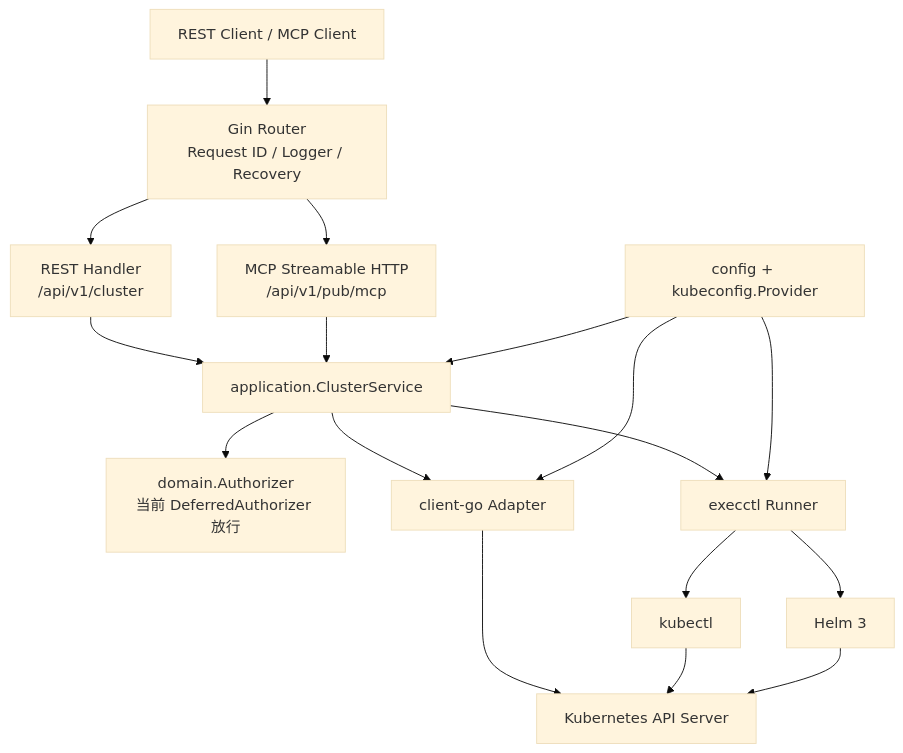
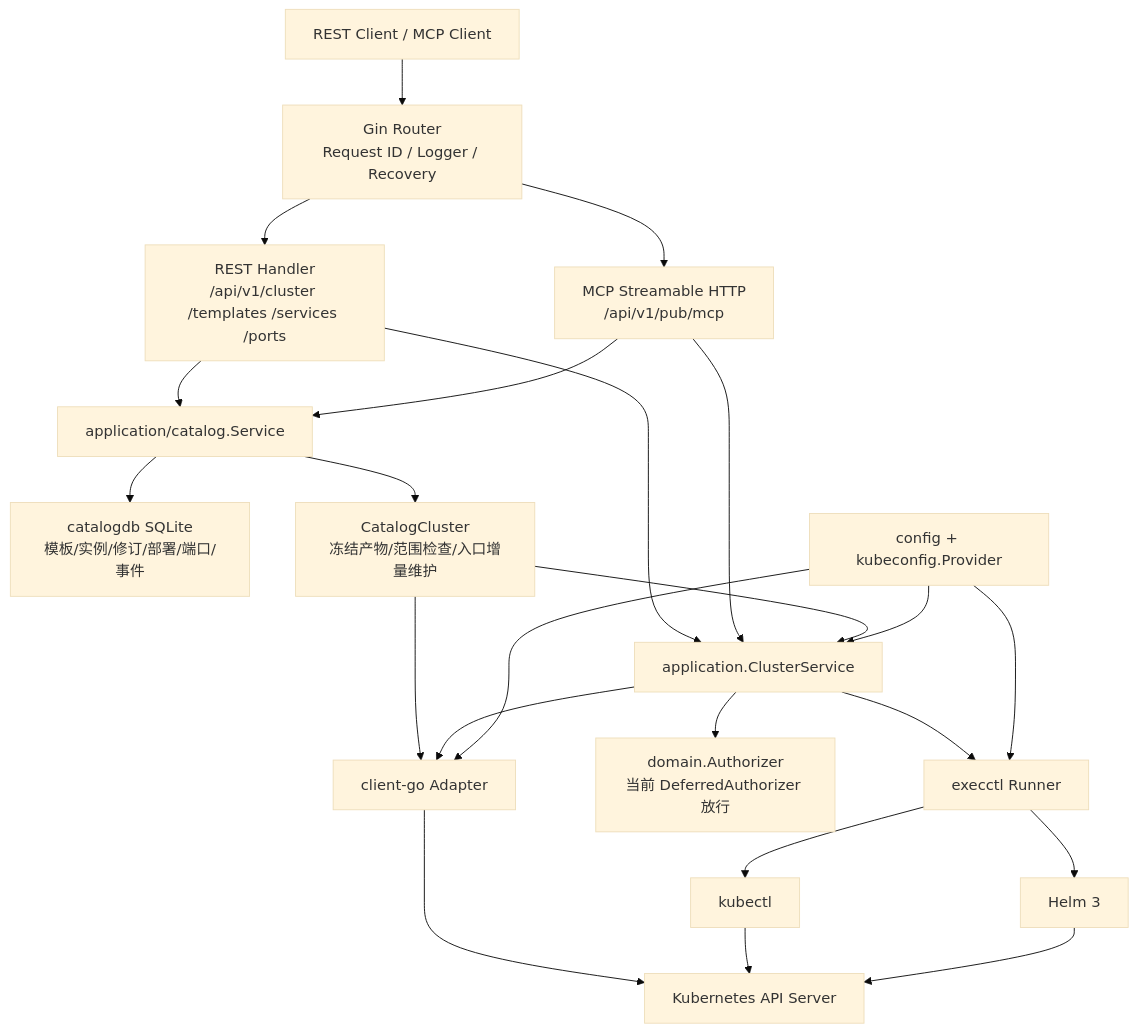
One commit to Vincentenxy/olixops-k8s-ctl changed the diagram in README.md. Above: the diagram before and after it, drawn with Mermaid (base theme). The commit also changed other lines of this file and 29 other files, not shown here.

Commit message:
feat: add standard service catalog and Higress port workflows

````diff
--- a/README.md
+++ b/README.md
@@ -28,19 +29,27 @@
 ```mermaid
 flowchart TD
     Client[REST Client / MCP Client] --> Router[Gin Router\nRequest ID / Logger / Recovery]
-    Router --> REST[REST Handler\n/api/v1/cluster]
+    Router --> REST[REST Handler\n/api/v1/cluster /templates /services /ports]
     Router --> MCP[MCP Streamable HTTP\n/api/v1/pub/mcp]
     REST --> App[application.ClusterService]
     MCP --> App
+    REST --> Catalog[application/catalog.Service]
+    MCP --> Catalog
+    Catalog --> SQLite[catalogdb SQLite
+模板/实例/修订/部署/端口/事件]
+    Catalog --> Bridge[CatalogCluster
+冻结产物/范围检查/入口增量维护]
+    Bridge --> App
+    Bridge --> K8s
     App --> Policy[domain.Authorizer\n当前 DeferredAuthorizer 放行]
     App --> K8s[client-go Adapter]
     App --> CLI[execctl Runner]
     K8s --> APIServer[Kubernetes API Server]
     CLI --> Kubectl[kubectl]
     CLI --> Helm[Helm 3]
     Kubectl --> APIServer
     Helm --> APIServer
     Config[config + kubeconfig.Provider] --> App
     Config --> K8s
     Config --> CLI
 ```
````
